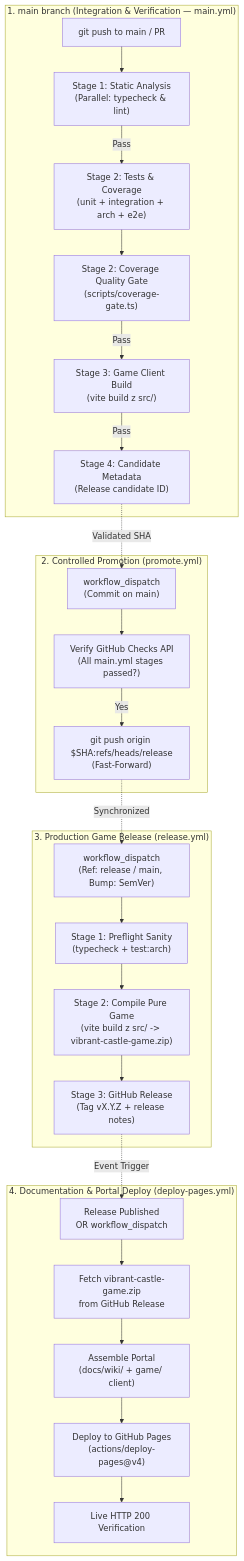
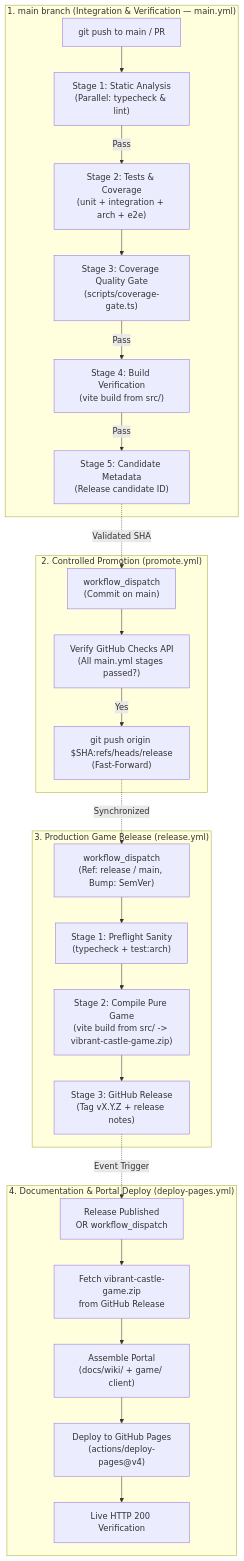
The diagram in docs/manifesto/CICD.md (beoArcha/oXyFlow.VibrantCastle), drawn with Mermaid before and after one commit. The commit also changed other lines of this file and 8 other files, not shown here.

````diff
--- a/docs/manifesto/CICD.md
+++ b/docs/manifesto/CICD.md
@@ -29,53 +29,53 @@
 ```mermaid
 graph TD
     subgraph MainBranch["1. main branch (Integration & Verification — main.yml)"]
         P1["git push to main / PR"]
         S1["Stage 1: Static Analysis<br/>(Parallel: typecheck & lint)"]
         S2["Stage 2: Tests & Coverage<br/>(unit + integration + arch + e2e)"]
-        CG["Stage 2: Coverage Quality Gate<br/>(scripts/coverage-gate.ts)"]
-        S3["Stage 3: Game Client Build<br/>(vite build z src/)"]
-        S4["Stage 4: Candidate Metadata<br/>(Release candidate ID)"]
+        CG["Stage 3: Coverage Quality Gate<br/>(scripts/coverage-gate.ts)"]
+        S3["Stage 4: Build Verification<br/>(vite build from src/)"]
+        S4["Stage 5: Candidate Metadata<br/>(Release candidate ID)"]
 
         P1 --> S1
         S1 -- Pass --> S2
         S2 --> CG
         CG -- Pass --> S3
         S3 -- Pass --> S4
     end
 
     subgraph PromotionGate["2. Controlled Promotion (promote.yml)"]
         Trigger["workflow_dispatch<br/>(Commit on main)"]
         VerifyChecks["Verify GitHub Checks API<br/>(All main.yml stages passed?)"]
         FastForward["git push origin $SHA:refs/heads/release<br/>(Fast-Forward)"]
 
         S4 -. Validated SHA .-> Trigger
         Trigger --> VerifyChecks
         VerifyChecks -- Yes --> FastForward
     end
 
     subgraph GameRelease["3. Production Game Release (release.yml)"]
         RTrigger["workflow_dispatch<br/>(Ref: release / main, Bump: SemVer)"]
         Preflight["Stage 1: Preflight Sanity<br/>(typecheck + test:arch)"]
-        RBuild["Stage 2: Compile Pure Game<br/>(vite build z src/ -> vibrant-castle-game.zip)"]
+        RBuild["Stage 2: Compile Pure Game<br/>(vite build from src/ -> vibrant-castle-game.zip)"]
         GHRelease["Stage 3: GitHub Release<br/>(Tag vX.Y.Z + release notes)"]
 
         FastForward -. Synchronized .-> RTrigger
         RTrigger --> Preflight
         Preflight --> RBuild
         RBuild --> GHRelease
     end
 
     subgraph PagesDeploy["4. Documentation & Portal Deploy (deploy-pages.yml)"]
         DTrigger["Release Published<br/>OR workflow_dispatch"]
         Fetch["Fetch vibrant-castle-game.zip<br/>from GitHub Release"]
         Assemble["Assemble Portal<br/>(docs/wiki/ + game/ client)"]
         Deploy["Deploy to GitHub Pages<br/>(actions/deploy-pages@v4)"]
         Smoke["Live HTTP 200 Verification"]
 
         GHRelease -. Event Trigger .-> DTrigger
         DTrigger --> Fetch
         Fetch --> Assemble
         Assemble --> Deploy
         Deploy --> Smoke
     end
 ```
````
